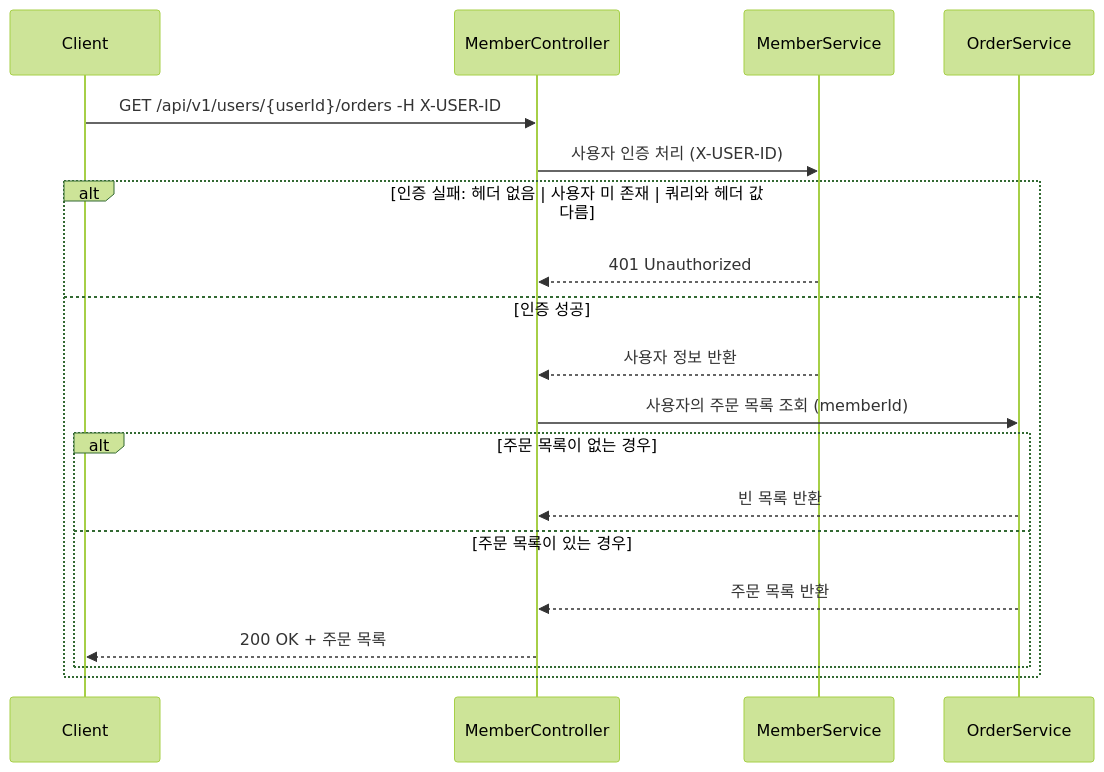
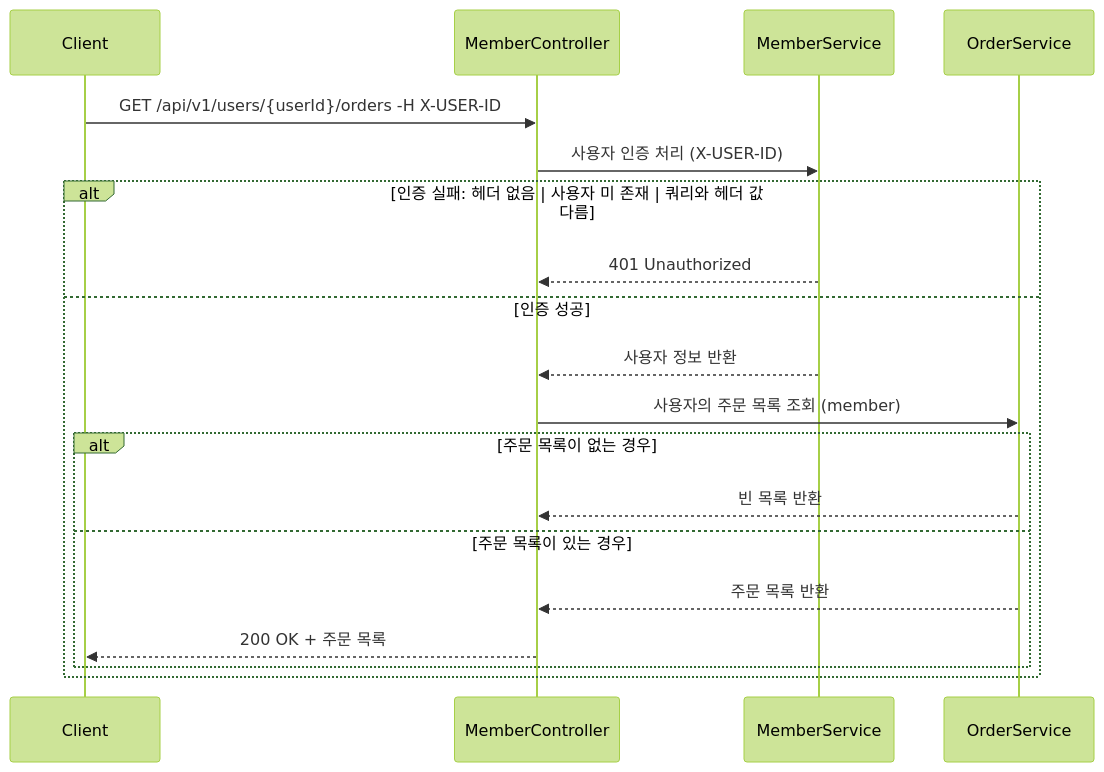
Before and after one commit to dhgu-dev/e-commerce: the eighth of 9 diagrams in docs/design/02-sequence-diagrams.md, drawn with Mermaid (forest theme). The commit also changed other lines of this file and 3 other files, not shown here.

First line of the commit message:
docs: 시퀀스 및 클래스 다이어그램 개선 (#11)

````diff
--- a/docs/design/02-sequence-diagrams.md
+++ b/docs/design/02-sequence-diagrams.md
@@ -261,22 +265,22 @@
 ```mermaid
 sequenceDiagram
     participant C as Client
     participant MC as MemberController
     participant MS as MemberService
     participant OS as OrderService
 
     C->>MC: GET /api/v1/users/{userId}/orders -H X-USER-ID
     MC->>MS: 사용자 인증 처리 (X-USER-ID)
     alt 인증 실패: 헤더 없음 | 사용자 미 존재 | 쿼리와 헤더 값 다름
         MS-->>MC: 401 Unauthorized
     else 인증 성공
         MS-->>MC: 사용자 정보 반환
-        MC->>OS: 사용자의 주문 목록 조회 (memberId)
+        MC->>OS: 사용자의 주문 목록 조회 (member)
         alt 주문 목록이 없는 경우
             OS-->>MC: 빈 목록 반환
         else 주문 목록이 있는 경우
             OS-->>MC: 주문 목록 반환
             MC-->>C: 200 OK + 주문 목록
         end
     end
 ```
````
